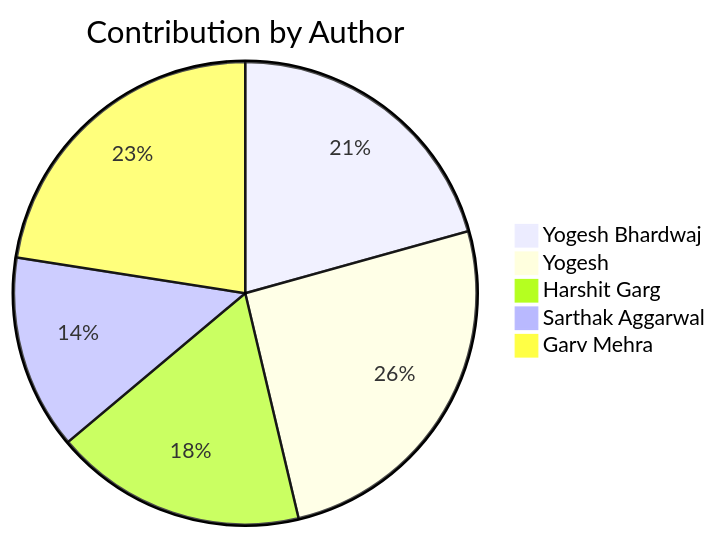
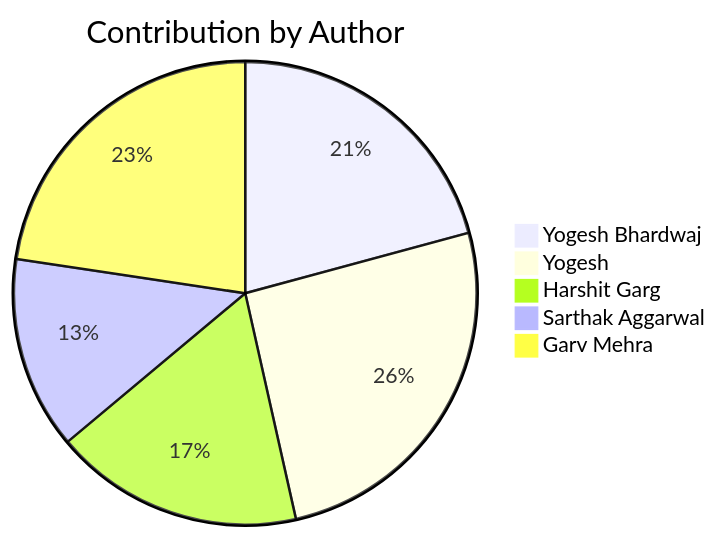
One commit to Yogesh-Bhardwaj-hue/Scm-Final_2.0 changed the second of 2 diagrams in README.md. Above: the diagram before and after it, drawn with Mermaid. The commit also changed other lines of this file, not shown here.

Commit message:
Update contribution charts

````diff
--- a/README.md
+++ b/README.md
@@ -220,8 +220,8 @@
 ```mermaid
 pie title Contribution by Author
-    "Yogesh Bhardwaj": 67
-    "Yogesh": 83
+    "Yogesh Bhardwaj": 68
+    "Yogesh": 84
     "Harshit Garg": 57
     "Sarthak Aggarwal": 44
-    "Garv Mehra": 73
+    "Garv Mehra": 74
 ```
````
